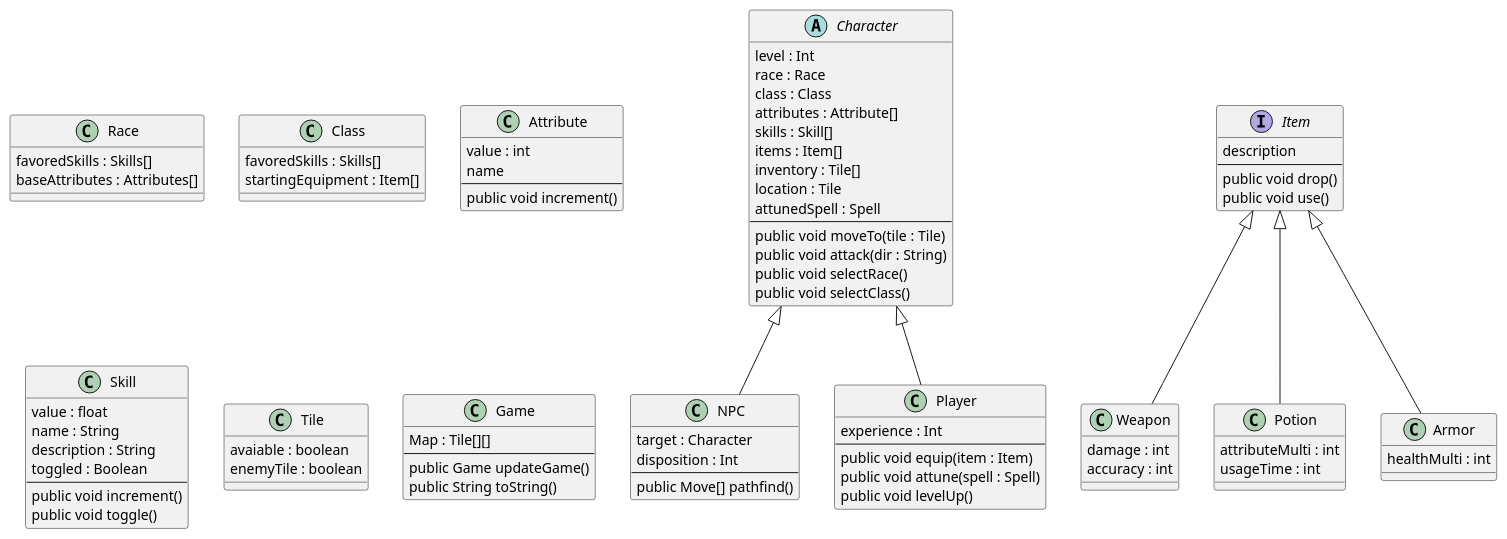
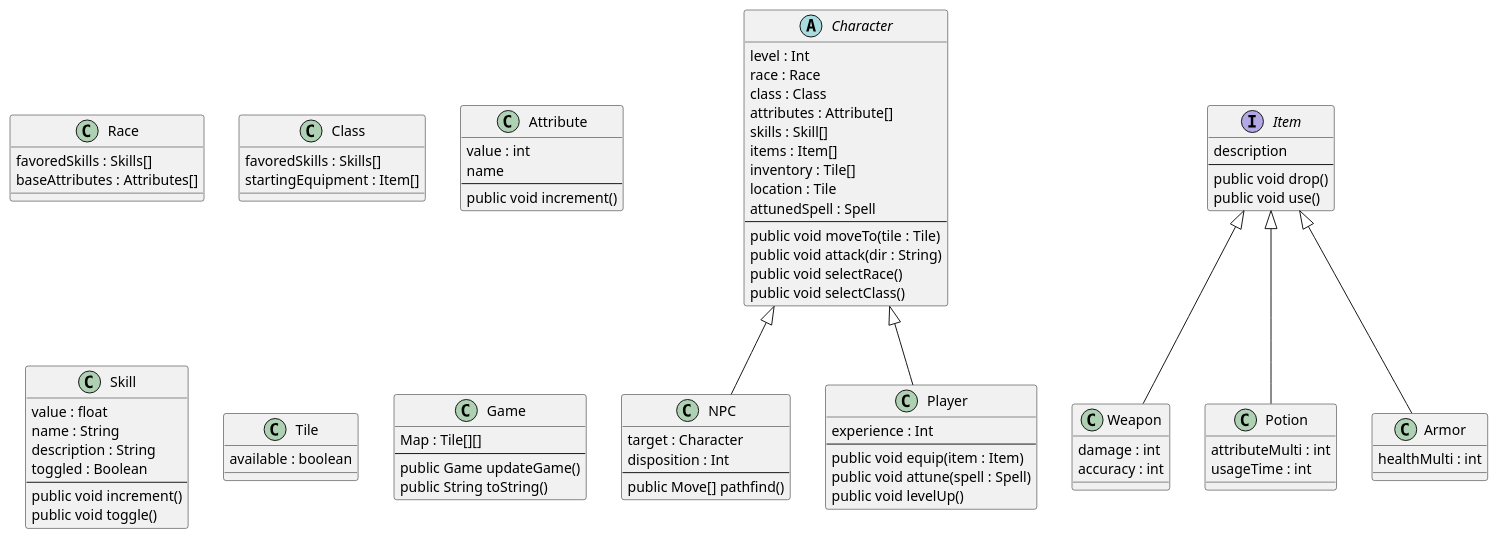
One commit to dgoldman30/Dungeon_Crawler changed the seventh of 7 diagrams in doc/design.md. Above: the diagram before and after it, drawn with PlantUML. The commit also changed 15 other files, not shown here.

```diff
--- a/doc/design.md
+++ b/doc/design.md
@@ -258,10 +258,9 @@
 Item <|-- Armor
 
 class Tile {
-avaiable : boolean
-enemyTile : boolean
+available : boolean
+}
 
-}
 class Game {
 Map : Tile[][]
 --
```
